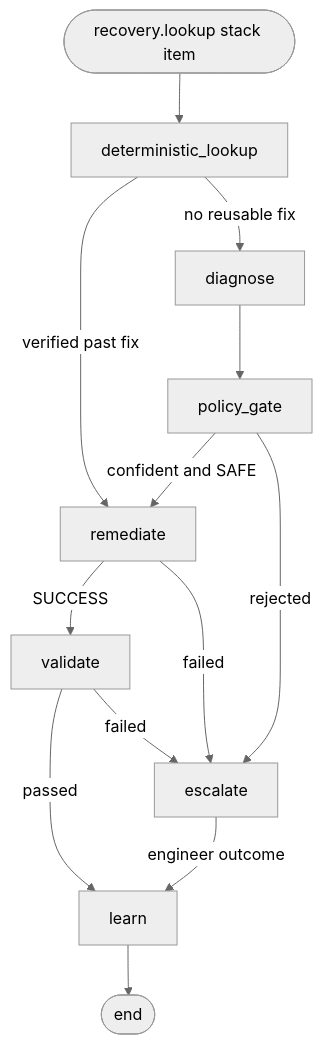
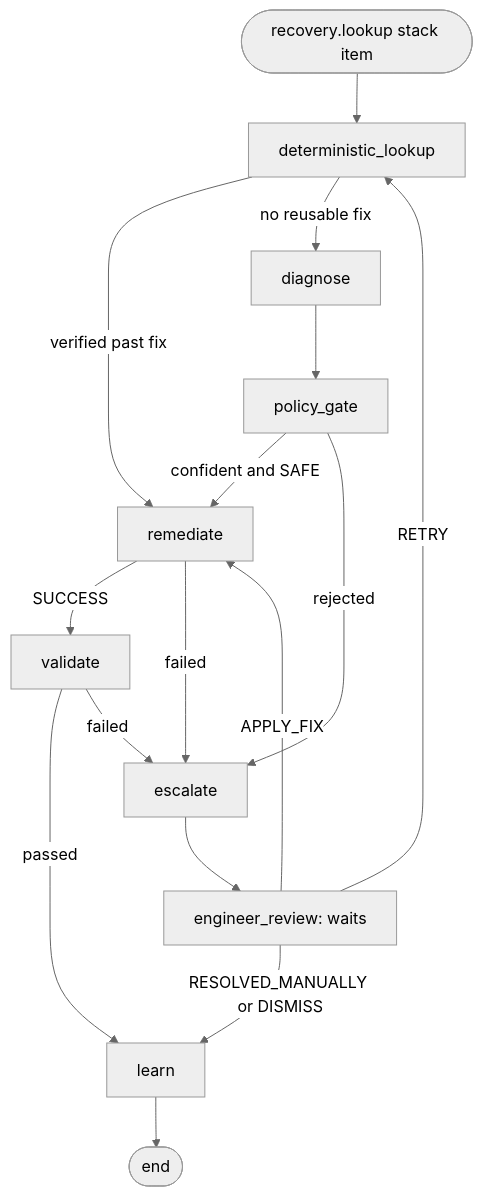
The diagram in agent/README.md (Shxnxz/self-healing-pipeline), drawn with Mermaid (neutral theme) before and after one commit. The commit also changed other lines of this file and 15 other files, not shown here.

First line of the commit message:
Task 106: Escalate opens a case and waits for the engineer's decision

````diff
--- a/agent/README.md
+++ b/agent/README.md
@@ -31,15 +34,18 @@
 ```mermaid
 flowchart TD
     S([recovery.lookup stack item]) --> L[deterministic_lookup]
     L -- verified past fix --> R[remediate]
     L -- no reusable fix --> D[diagnose]
     D --> G[policy_gate]
     G -- confident and SAFE --> R
     G -- rejected --> E[escalate]
     R -- SUCCESS --> V[validate]
     R -- failed --> E
     V -- passed --> N[learn]
     V -- failed --> E
-    E -- engineer outcome --> N
+    E --> H[engineer_review: waits]
+    H -- APPLY_FIX --> R
+    H -- RETRY --> L
+    H -- RESOLVED_MANUALLY or DISMISS --> N
     N --> F([end])
 ```
````
